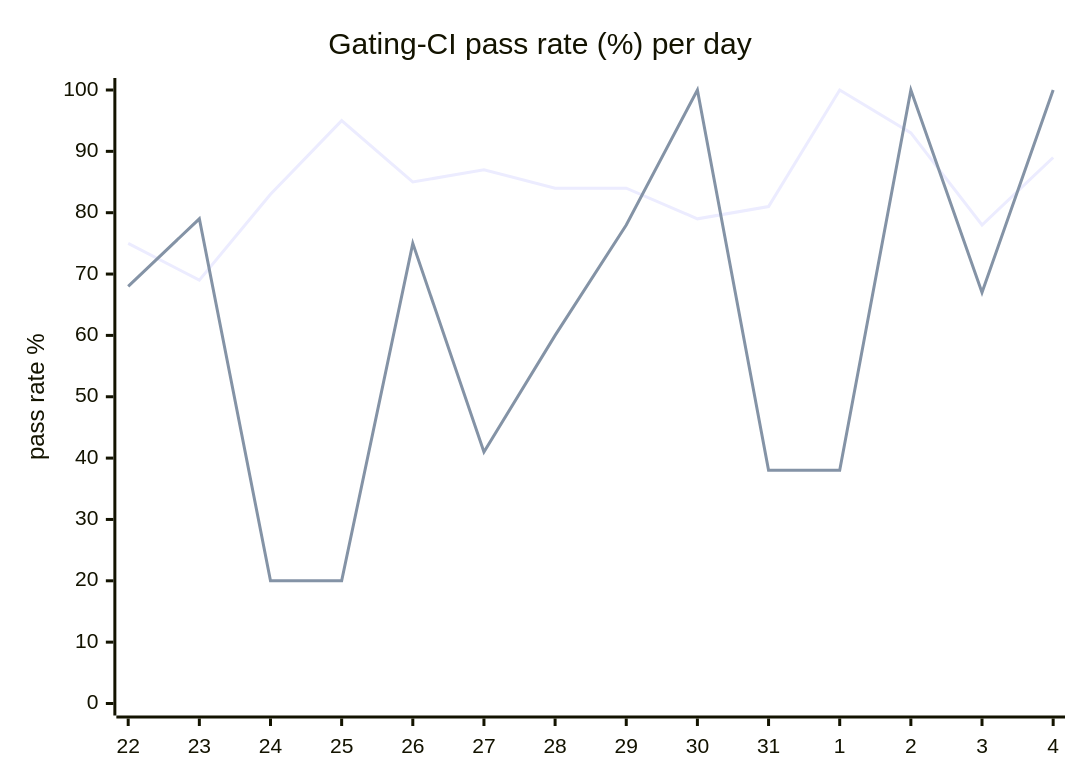
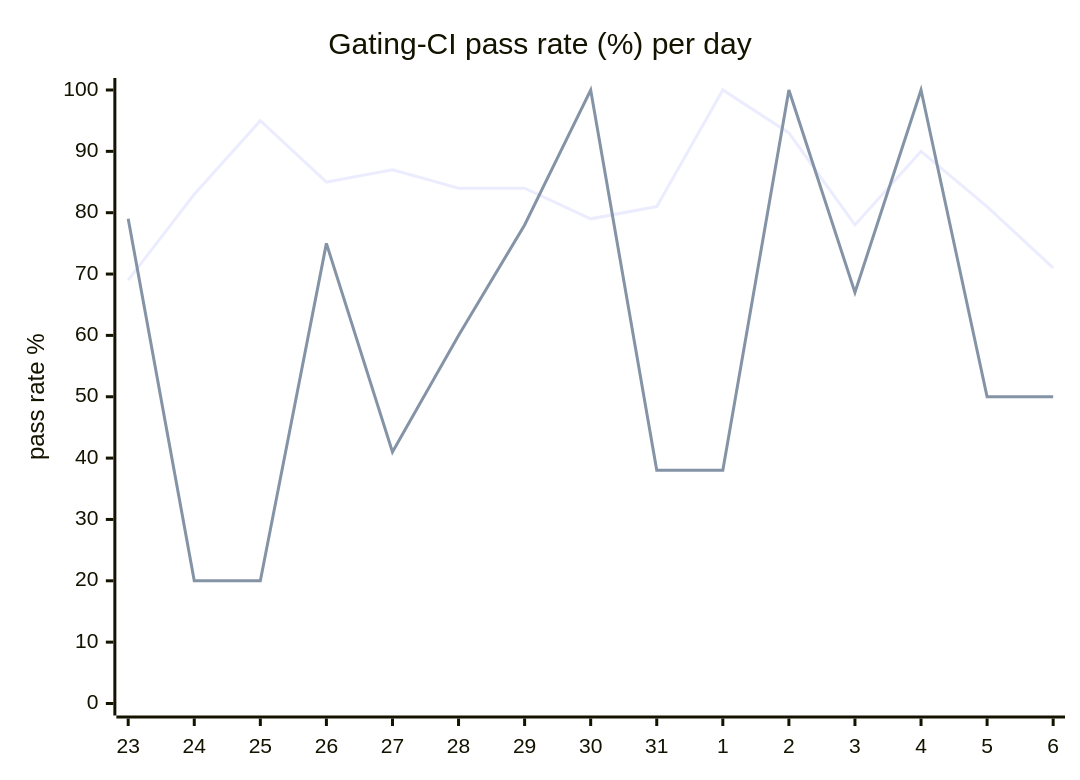
One commit to hatchet-dev/hatchet changed the diagram in hack/ci/ci-dashboard/staging/issue.md. Above: the diagram before and after it, drawn with Mermaid. The commit also changed other lines of this file, not shown here.

````diff
--- a/hack/ci/ci-dashboard/staging/issue.md
+++ b/hack/ci/ci-dashboard/staging/issue.md
@@ -9,8 +9,8 @@
 ```mermaid
 xychart-beta
   title "Gating-CI pass rate (%) per day"
-  x-axis [22, 23, 24, 25, 26, 27, 28, 29, 30, 31, 1, 2, 3, 4]
+  x-axis [23, 24, 25, 26, 27, 28, 29, 30, 31, 1, 2, 3, 4, 5, 6]
   y-axis "pass rate %" 0 --> 100
-  line "CI" [75, 69, 83, 95, 85, 87, 84, 84, 79, 81, 100, 93, 78, 89]
-  line "main" [68, 79, 20, 20, 75, 41, 60, 78, 100, 38, 38, 100, 67, 100]
+  line "CI" [69, 83, 95, 85, 87, 84, 84, 79, 81, 100, 93, 78, 90, 81, 71]
+  line "main" [79, 20, 20, 75, 41, 60, 78, 100, 38, 38, 100, 67, 100, 50, 50]
 ```
````
